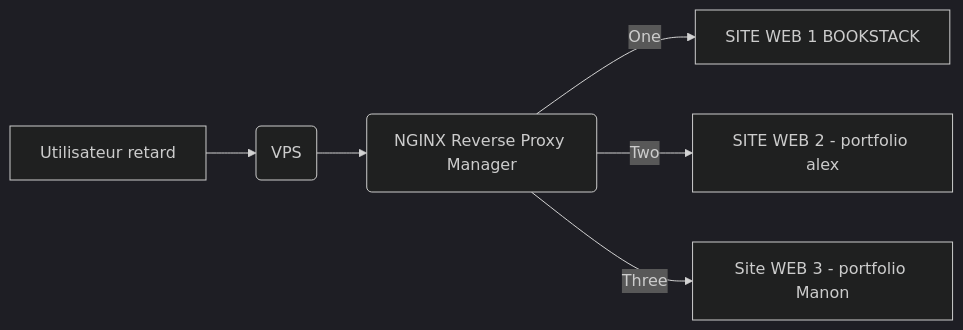
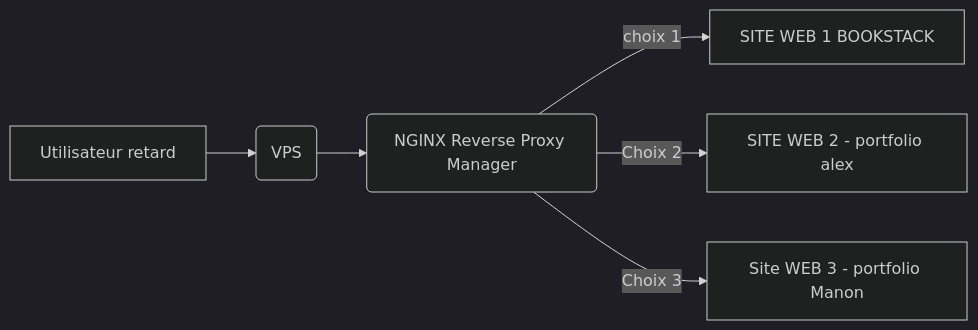
Before and after one commit to Timothe-Renaud/Job_PJ: the diagram in README.md, drawn with Mermaid (dark theme).

Commit message:
Update README.md
DOIN THE GOOOOOOOOD JOB

````diff
--- a/README.md
+++ b/README.md
@@ -7,8 +7,8 @@
 ```mermaid
 graph LR
 A[ Utilisateur retard ] -->B(VPS)
     B --> C(NGINX Reverse Proxy Manager)
-    C -->|One| D[SITE WEB 1 BOOKSTACK]
-    C -->|Two| E[SITE WEB 2 - portfolio alex]
-    C -->|Three| F[Site WEB 3 - portfolio Manon]
+    C -->|choix 1| D[SITE WEB 1 BOOKSTACK]
+    C -->|Choix 2| E[SITE WEB 2 - portfolio alex]
+    C -->|Choix 3| F[Site WEB 3 - portfolio Manon]
 ```
````
